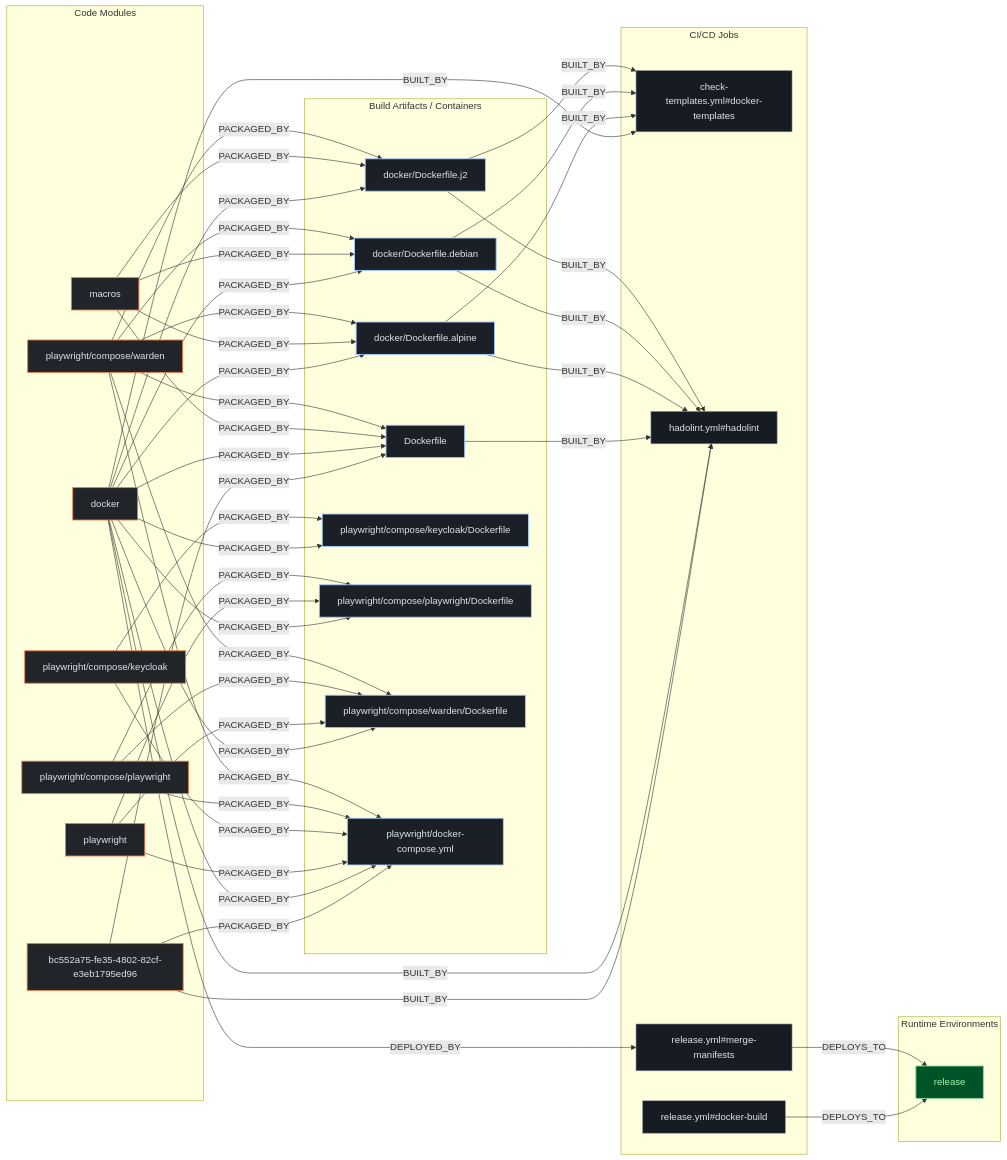
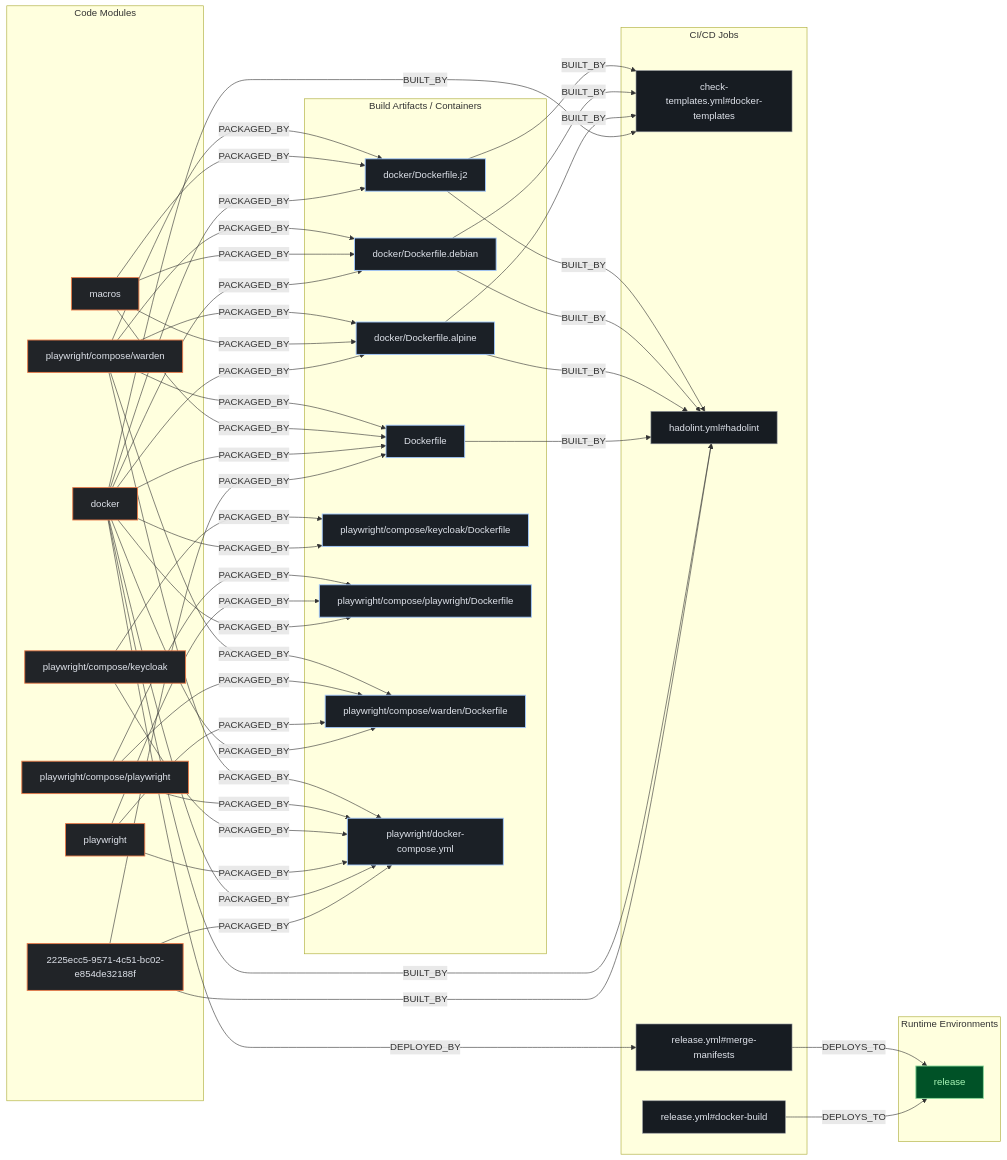
Before and after one commit to kumarshaz/atruss-code-atlas: the second of 3 diagrams in exports/latest/reports/dani-garcia-vaultwarden-report.md, drawn with Mermaid. The commit also changed other lines of this file and 33 other files, not shown here.

````diff
--- a/exports/latest/reports/dani-garcia-vaultwarden-report.md
+++ b/exports/latest/reports/dani-garcia-vaultwarden-report.md
@@ -226,77 +226,77 @@
 ```mermaid
 flowchart LR
     %% title: Code-to-Cloud Deployment Traceability
     classDef atlasCategory fill:#212428,stroke:#E87A48,stroke-width:1.5px,color:#dfe3eb
     classDef atlasWorkflow fill:#1b2026,stroke:#a3c9ff,stroke-width:1.5px,color:#dfe3eb
     classDef atlasJob fill:#171c22,stroke:#8d9199,stroke-width:1px,color:#dfe3eb
     classDef atlasTarget fill:#005227,stroke:#8bd99b,stroke-width:1.5px,color:#a7f6b6
     subgraph code_modules["Code Modules"]
-        mod_bc552a75_fe35_4802_82cf_e3eb1795ed96["bc552a75-fe35-4802-82cf-e3eb1795ed96"]:::atlasCategory
+        mod_2225ecc5_9571_4c51_bc02_e854de32188f["2225ecc5-9571-4c51-bc02-e854de32188f"]:::atlasCategory
         mod_docker["docker"]:::atlasCategory
         mod_macros["macros"]:::atlasCategory
         mod_playwright["playwright"]:::atlasCategory
         mod_playwright_compose_keycloak["playwright/compose/keycloak"]:::atlasCategory
         mod_playwright_compose_playwright["playwright/compose/playwright"]:::atlasCategory
         mod_playwright_compose_warden["playwright/compose/warden"]:::atlasCategory
     end
     subgraph build_artifacts["Build Artifacts / Containers"]
         art_Dockerfile["Dockerfile"]:::atlasWorkflow
         art_docker_Dockerfile_alpine["docker/Dockerfile.alpine"]:::atlasWorkflow
         art_docker_Dockerfile_debian["docker/Dockerfile.debian"]:::atlasWorkflow
         art_docker_Dockerfile_j2["docker/Dockerfile.j2"]:::atlasWorkflow
         art_playwright_compose_keycloak_Dockerfile["playwright/compose/keycloak/Dockerfile"]:::atlasWorkflow
         art_playwright_compose_playwright_Dockerfile["playwright/compose/playwright/Dockerfile"]:::atlasWorkflow
         art_playwright_compose_warden_Dockerfile["playwright/compose/warden/Dockerfile"]:::atlasWorkflow
         art_playwright_docker_compose_yml["playwright/docker-compose.yml"]:::atlasWorkflow
     end
     subgraph ci_jobs["CI/CD Jobs"]
         job_check_templates_yml_docker_templates["check-templates.yml#docker-templates"]:::atlasJob
         job_hadolint_yml_hadolint["hadolint.yml#hadolint"]:::atlasJob
         job_release_yml_docker_build["release.yml#docker-build"]:::atlasJob
         job_release_yml_merge_manifests["release.yml#merge-manifests"]:::atlasJob
     end
     subgraph runtime_envs["Runtime Environments"]
         env_release["release"]:::atlasTarget
     end
     job_release_yml_docker_build -->|DEPLOYS_TO| env_release
     job_release_yml_merge_manifests -->|DEPLOYS_TO| env_release
-    mod_bc552a75_fe35_4802_82cf_e3eb1795ed96 -->|BUILT_BY| job_hadolint_yml_hadolint
-    mod_bc552a75_fe35_4802_82cf_e3eb1795ed96 -->|PACKAGED_BY| art_Dockerfile
-    mod_bc552a75_fe35_4802_82cf_e3eb1795ed96 -->|PACKAGED_BY| art_playwright_docker_compose_yml
+    mod_2225ecc5_9571_4c51_bc02_e854de32188f -->|BUILT_BY| job_hadolint_yml_hadolint
+    mod_2225ecc5_9571_4c51_bc02_e854de32188f -->|PACKAGED_BY| art_Dockerfile
+    mod_2225ecc5_9571_4c51_bc02_e854de32188f -->|PACKAGED_BY| art_playwright_docker_compose_yml
     mod_docker -->|BUILT_BY| job_check_templates_yml_docker_templates
     mod_docker -->|BUILT_BY| job_hadolint_yml_hadolint
     mod_docker -->|DEPLOYED_BY| job_release_yml_merge_manifests
     mod_docker -->|PACKAGED_BY| art_Dockerfile
     mod_docker -->|PACKAGED_BY| art_docker_Dockerfile_alpine
     mod_docker -->|PACKAGED_BY| art_docker_Dockerfile_debian
     mod_docker -->|PACKAGED_BY| art_docker_Dockerfile_j2
     mod_docker -->|PACKAGED_BY| art_playwright_compose_keycloak_Dockerfile
     mod_docker -->|PACKAGED_BY| art_playwright_compose_playwright_Dockerfile
     mod_docker -->|PACKAGED_BY| art_playwright_compose_warden_Dockerfile
     mod_docker -->|PACKAGED_BY| art_playwright_docker_compose_yml
     mod_macros -->|PACKAGED_BY| art_Dockerfile
     mod_macros -->|PACKAGED_BY| art_docker_Dockerfile_alpine
     mod_macros -->|PACKAGED_BY| art_docker_Dockerfile_debian
     mod_macros -->|PACKAGED_BY| art_docker_Dockerfile_j2
     mod_playwright -->|PACKAGED_BY| art_playwright_compose_playwright_Dockerfile
     mod_playwright -->|PACKAGED_BY| art_playwright_compose_warden_Dockerfile
     mod_playwright -->|PACKAGED_BY| art_playwright_docker_compose_yml
     mod_playwright_compose_keycloak -->|PACKAGED_BY| art_playwright_compose_keycloak_Dockerfile
     mod_playwright_compose_keycloak -->|PACKAGED_BY| art_playwright_docker_compose_yml
     mod_playwright_compose_playwright -->|PACKAGED_BY| art_playwright_compose_playwright_Dockerfile
     mod_playwright_compose_playwright -->|PACKAGED_BY| art_playwright_compose_warden_Dockerfile
     mod_playwright_compose_playwright -->|PACKAGED_BY| art_playwright_docker_compose_yml
     mod_playwright_compose_warden -->|PACKAGED_BY| art_Dockerfile
     mod_playwright_compose_warden -->|PACKAGED_BY| art_docker_Dockerfile_alpine
     mod_playwright_compose_warden -->|PACKAGED_BY| art_docker_Dockerfile_debian
     mod_playwright_compose_warden -->|PACKAGED_BY| art_docker_Dockerfile_j2
     mod_playwright_compose_warden -->|PACKAGED_BY| art_playwright_compose_warden_Dockerfile
     mod_playwright_compose_warden -->|PACKAGED_BY| art_playwright_docker_compose_yml
     art_Dockerfile -->|BUILT_BY| job_hadolint_yml_hadolint
     art_docker_Dockerfile_alpine -->|BUILT_BY| job_check_templates_yml_docker_templates
     art_docker_Dockerfile_alpine -->|BUILT_BY| job_hadolint_yml_hadolint
     art_docker_Dockerfile_debian -->|BUILT_BY| job_check_templates_yml_docker_templates
     art_docker_Dockerfile_debian -->|BUILT_BY| job_hadolint_yml_hadolint
     art_docker_Dockerfile_j2 -->|BUILT_BY| job_check_templates_yml_docker_templates
     art_docker_Dockerfile_j2 -->|BUILT_BY| job_hadolint_yml_hadolint
 ```
````
